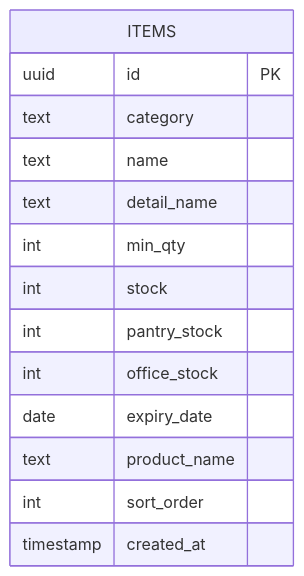
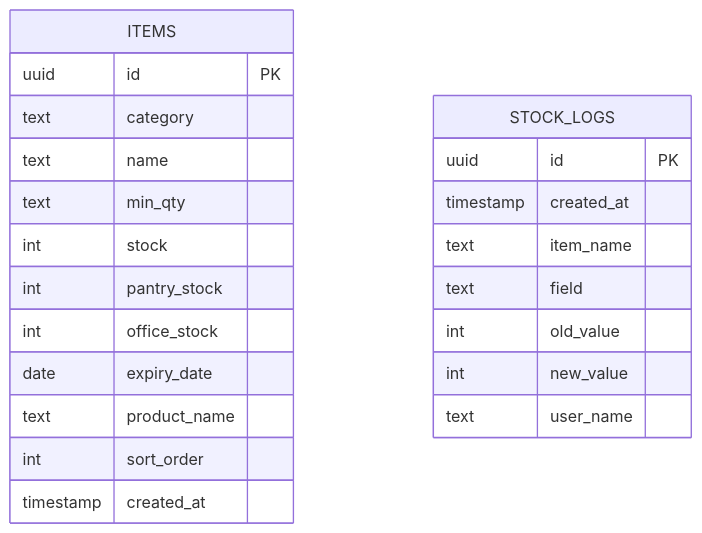
The third of 3 diagrams in README.md (forexms78/cafe-inventory), drawn with Mermaid before and after one commit. The commit also changed other lines of this file, not shown here.

Commit message:
docs: README 아키텍처 업데이트 (stock_logs 테이블, /api/logs 라우트, 신규 기능)

````diff
--- a/README.md
+++ b/README.md
@@ -98,17 +104,26 @@
 ```mermaid
 erDiagram
     ITEMS {
         uuid id PK
         text category
         text name
-        text detail_name
-        int min_qty
+        text min_qty
         int stock
         int pantry_stock
         int office_stock
         date expiry_date
         text product_name
         int sort_order
         timestamp created_at
     }
+
+    STOCK_LOGS {
+        uuid id PK
+        timestamp created_at
+        text item_name
+        text field
+        int old_value
+        int new_value
+        text user_name
+    }
 ```
````
